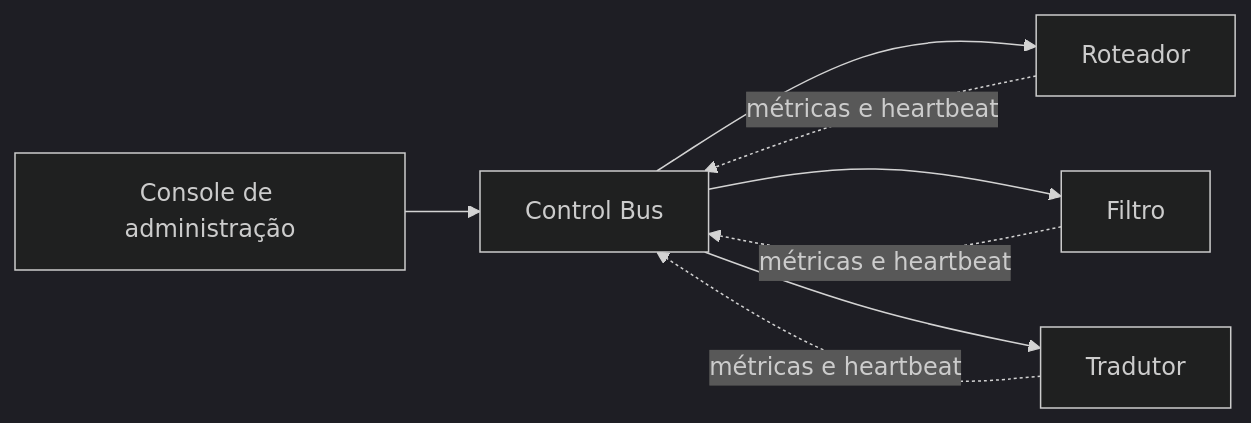
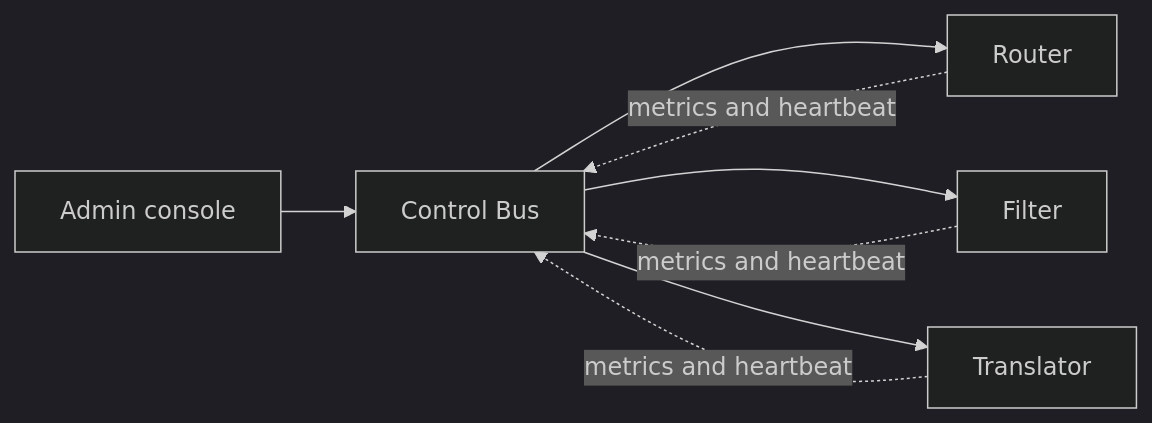
Before and after one commit to alancesar/design-patterns: the diagram in docs/architecture/eip/system-management/control-bus.md, drawn with Mermaid (dark theme). The commit also changed 258 other files, not shown here.

First line of the commit message:
Translate Mermaid diagrams to English

````diff
--- a/docs/architecture/eip/system-management/control-bus.md
+++ b/docs/architecture/eip/system-management/control-bus.md
@@ -53,10 +53,10 @@
 ```mermaid
 flowchart LR
-    Admin["Console de administração"] --> CB["Control Bus"]
-    CB --> R["Roteador"]
-    CB --> F["Filtro"]
-    CB --> T["Tradutor"]
-    R -. "métricas e heartbeat" .-> CB
-    F -. "métricas e heartbeat" .-> CB
-    T -. "métricas e heartbeat" .-> CB
+    Admin["Admin console"] --> CB["Control Bus"]
+    CB --> R["Router"]
+    CB --> F["Filter"]
+    CB --> T["Translator"]
+    R -. "metrics and heartbeat" .-> CB
+    F -. "metrics and heartbeat" .-> CB
+    T -. "metrics and heartbeat" .-> CB
 ```
````
